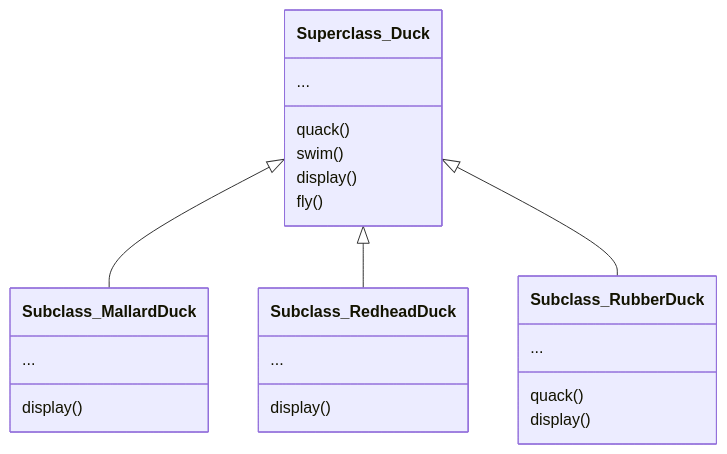
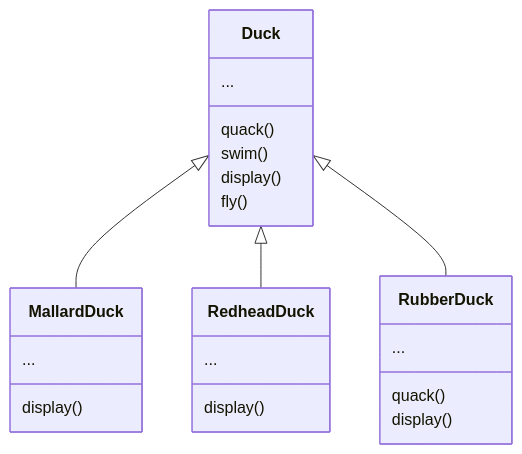
One commit to lisa-lumos/design-patterns changed the second of 6 diagrams in 01-intro.md. Above: the diagram before and after it, drawn with Mermaid. The commit also changed other lines of this file, not shown here.

````diff
--- a/01-intro.md
+++ b/01-intro.md
@@ -36,26 +36,26 @@
 ```mermaid
 classDiagram
-  Superclass_Duck <|-- Subclass_MallardDuck
-  Superclass_Duck <|-- Subclass_RedheadDuck
-  Superclass_Duck <|-- Subclass_RubberDuck
-  class Superclass_Duck {
+  Duck <|-- MallardDuck
+  Duck <|-- RedheadDuck
+  Duck <|-- RubberDuck
+  class Duck {
     ...
     quack()
     swim()
     display()
     fly()
   }
-  class Subclass_MallardDuck{
+  class MallardDuck{
     ...
     display()
   }
-  class Subclass_RedheadDuck{
+  class RedheadDuck{
     ...
     display()
   }
-  class Subclass_RubberDuck{
+  class RubberDuck{
     ...
     quack()
     display()
   }
 ```
````
